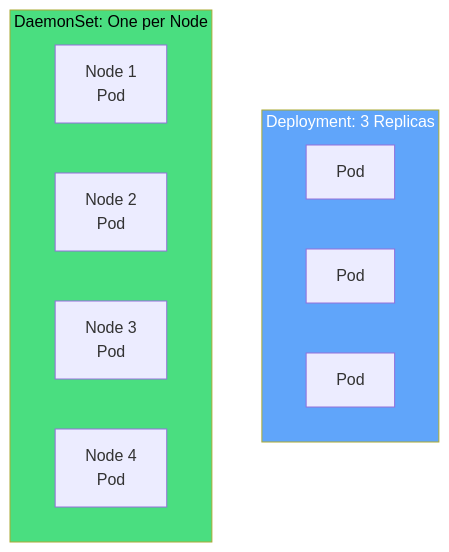
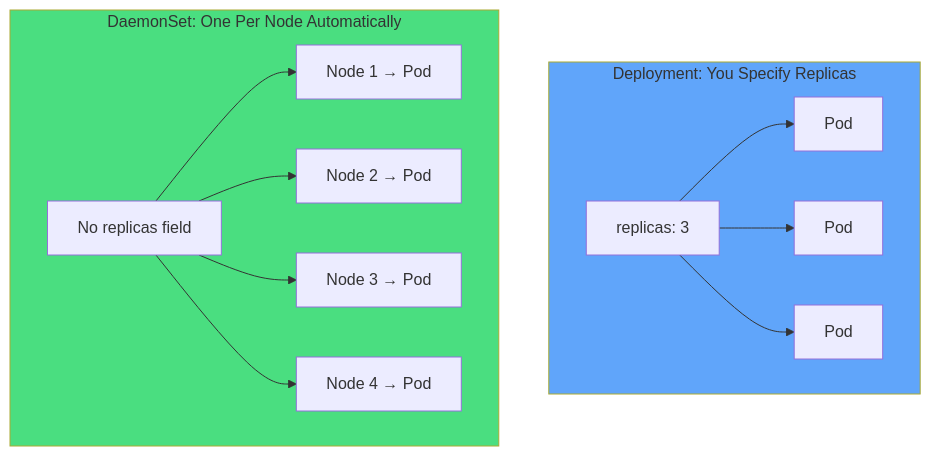
One commit to courselabs/kubernetes changed the second of 18 diagrams in slides/daemonsets/slides.md. Above: the diagram before and after it, drawn with Mermaid. The commit also changed other lines of this file and 7 other files, not shown here.

````diff
--- a/slides/daemonsets/slides.md
+++ b/slides/daemonsets/slides.md
@@ -23,16 +59,20 @@
 ```mermaid
 graph TB
-    subgraph Deploy[Deployment: 3 Replicas]
-        D1[Pod]
-        D2[Pod]
-        D3[Pod]
+    subgraph Deployment["Deployment: You Specify Replicas"]
+        D[replicas: 3]
+        D --> DP1[Pod]
+        D --> DP2[Pod]
+        D --> DP3[Pod]
     end
-    subgraph Daemon[DaemonSet: One per Node]
-        N1[Node 1<br/>Pod]
-        N2[Node 2<br/>Pod]
-        N3[Node 3<br/>Pod]
-        N4[Node 4<br/>Pod]
+
+    subgraph DaemonSet["DaemonSet: One Per Node Automatically"]
+        DS[No replicas field]
+        DS --> N1[Node 1 → Pod]
+        DS --> N2[Node 2 → Pod]
+        DS --> N3[Node 3 → Pod]
+        DS --> N4[Node 4 → Pod]
     end
-    style Deploy fill:#60a5fa,color:#fff
-    style Daemon fill:#4ade80,color:#000
+
+    style Deployment fill:#60a5fa
+    style DaemonSet fill:#4ade80
 ```
````
